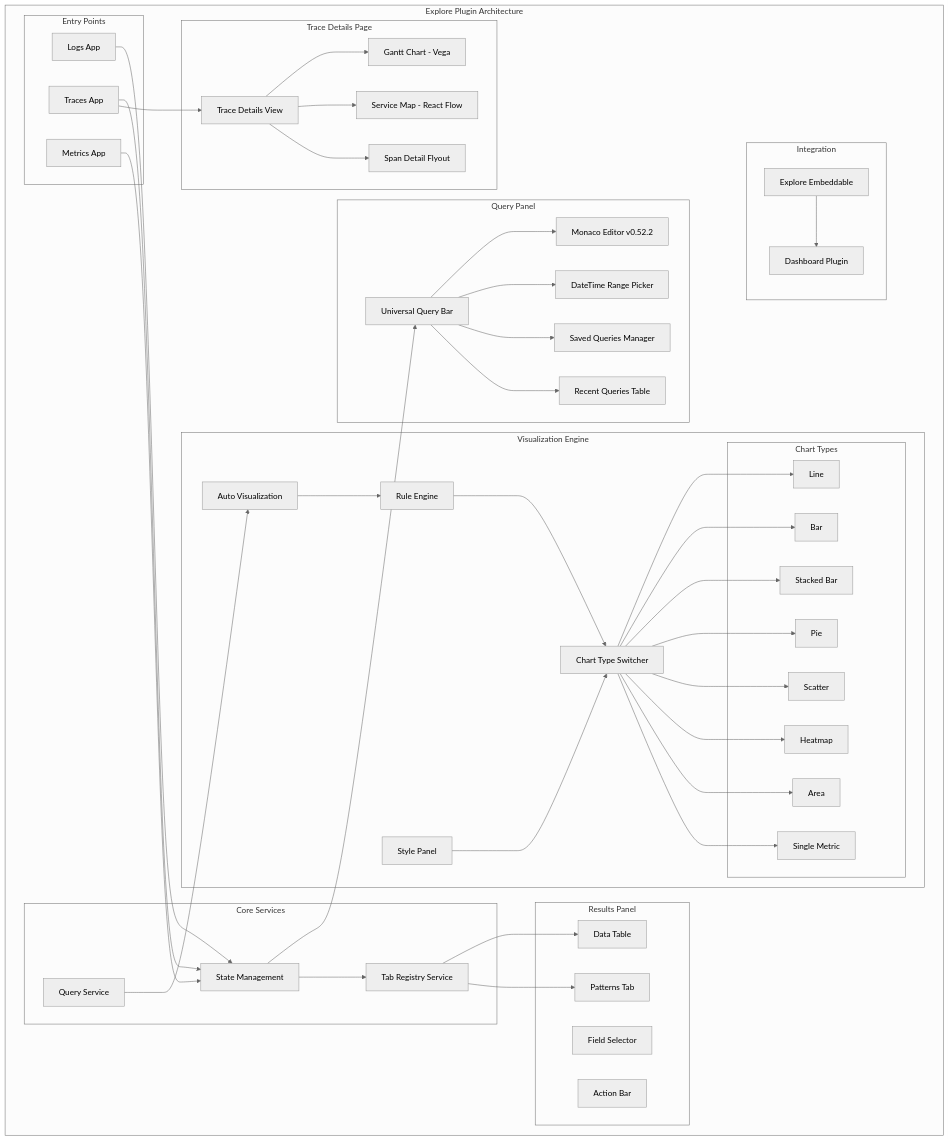
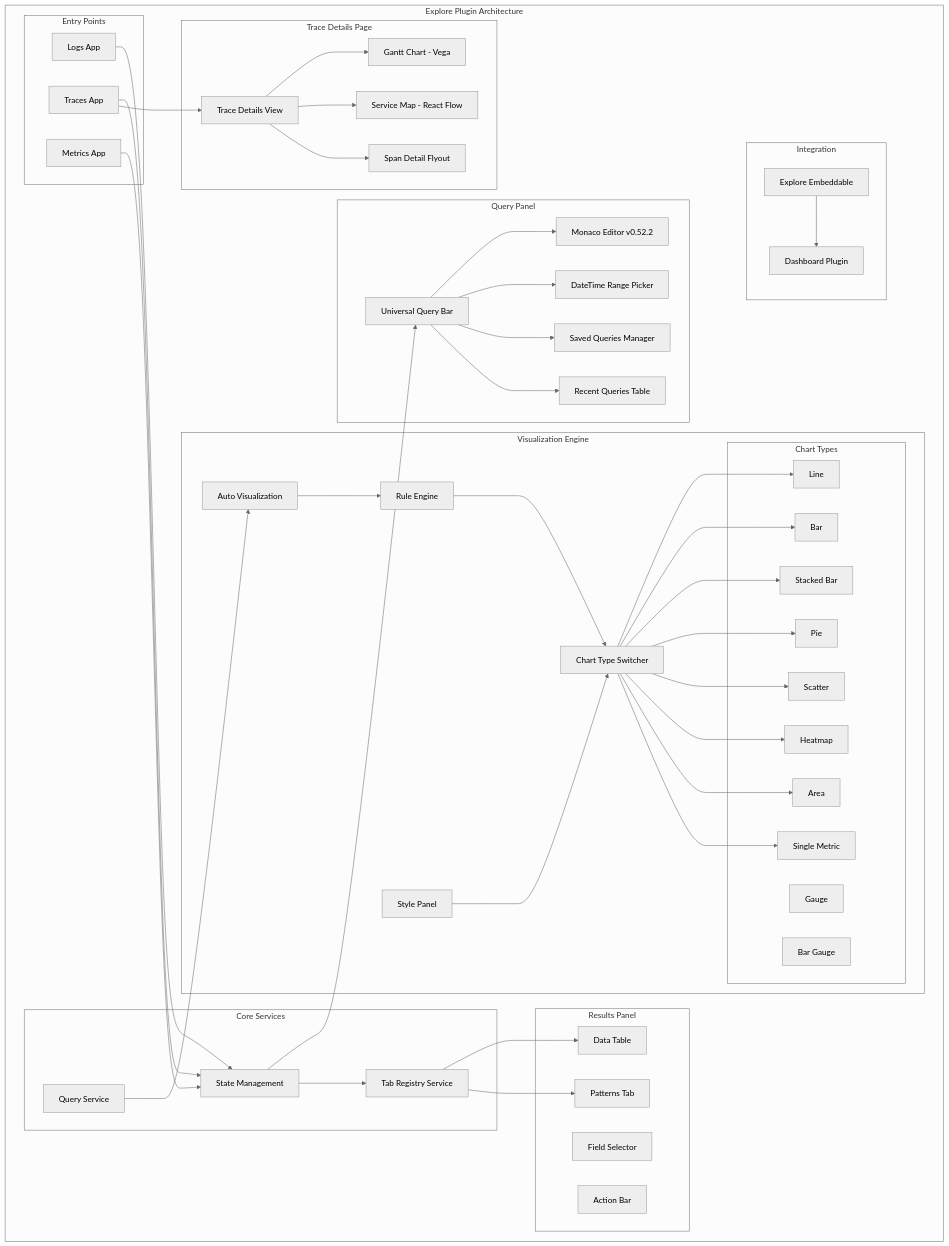
One commit to tkykenmt/opensearch-feature-explorer changed the first of 2 diagrams in docs/features/opensearch-dashboards/explore.md. Above: the diagram before and after it, drawn with Mermaid (neutral theme). The commit also changed other lines of this file and 2 other files, not shown here.

```diff
--- a/docs/features/opensearch-dashboards/explore.md
+++ b/docs/features/opensearch-dashboards/explore.md
@@ -83,6 +88,8 @@
                 Heatmap[Heatmap]
                 Area[Area]
                 SingleMetric[Single Metric]
+                Gauge[Gauge]
+                BarGauge[Bar Gauge]
             end
         end
         
```
